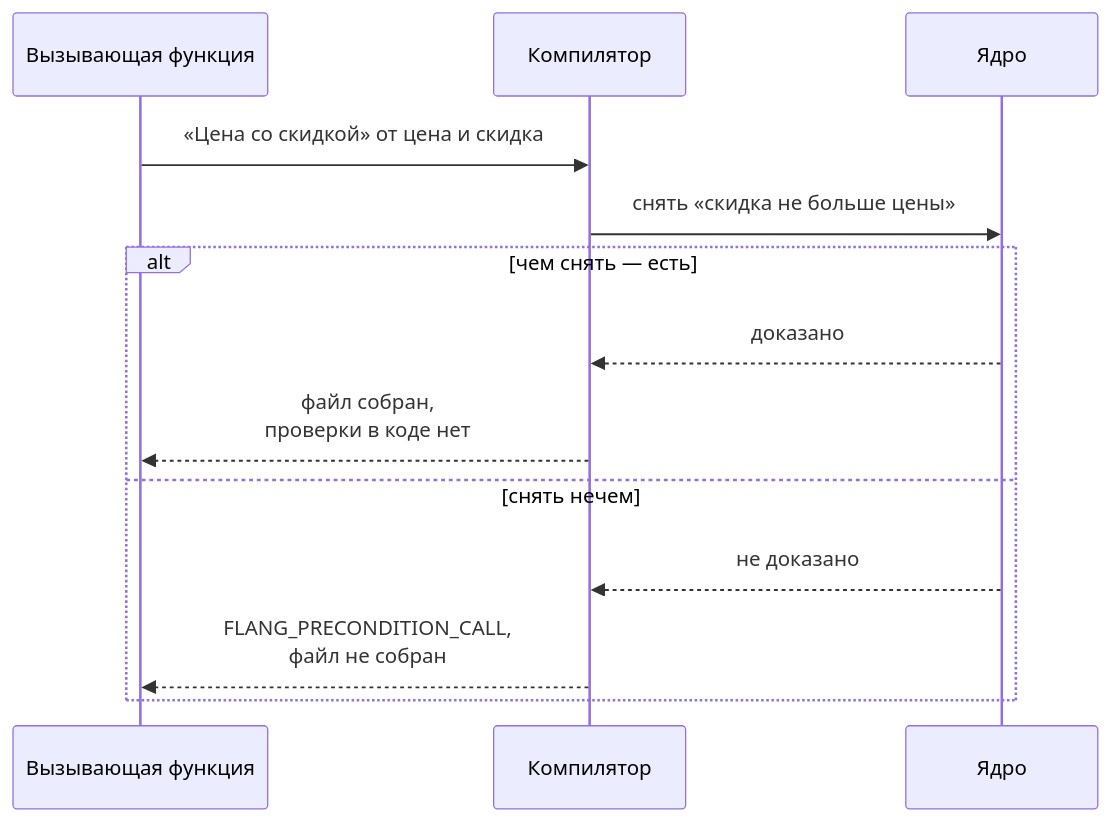
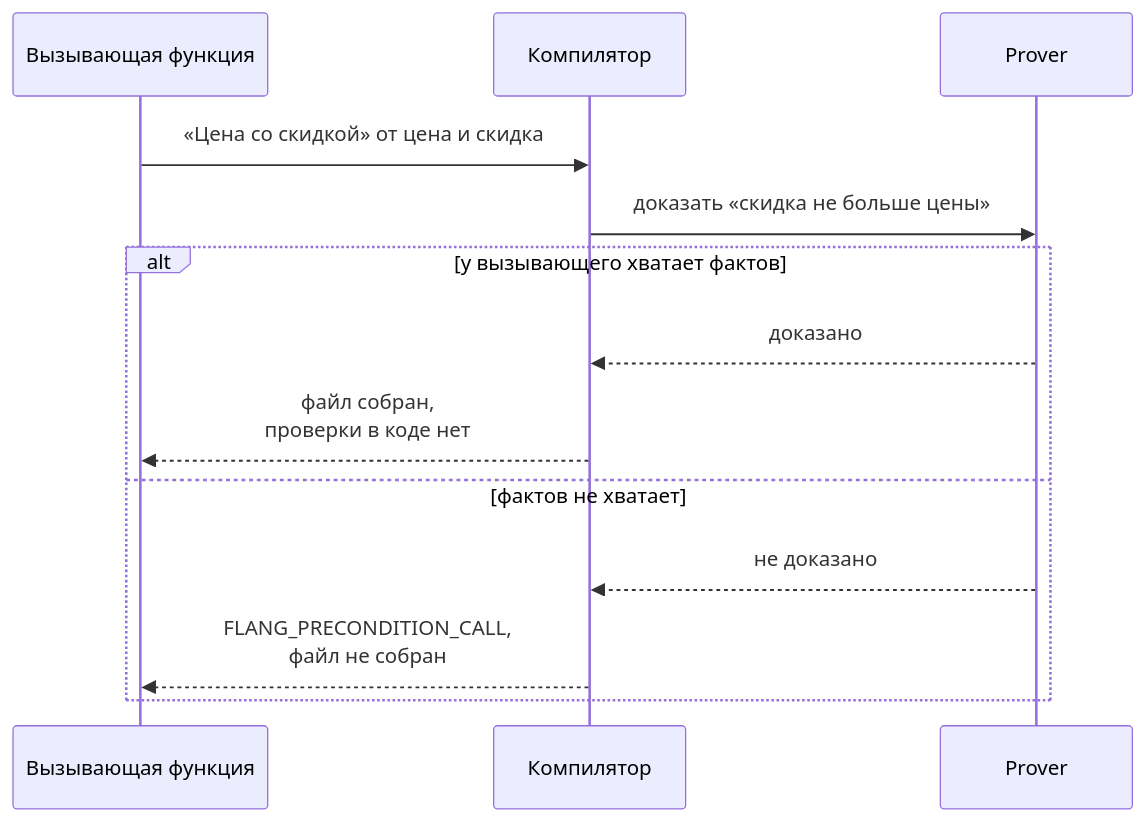
The second of 2 diagrams in docs/site/how-proofs-work.ru.md (MyWWWChat/flang), drawn with Mermaid before and after one commit. The commit also changed other lines of this file and 5 other files, not shown here.

````diff
--- a/docs/site/how-proofs-work.ru.md
+++ b/docs/site/how-proofs-work.ru.md
@@ -191,15 +205,15 @@
-```mermaid Кто снимает предусловие
+```mermaid Кто доказывает предусловие
 sequenceDiagram
   participant В as Вызывающая функция
   participant К as Компилятор
-  participant Я as Ядро
+  participant Я as Prover
   В->>К: «Цена со скидкой» от цена и скидка
-  К->>Я: снять «скидка не больше цены»
-  alt чем снять — есть
+  К->>Я: доказать «скидка не больше цены»
+  alt у вызывающего хватает фактов
     Я-->>К: доказано
     К-->>В: файл собран,<br>проверки в коде нет
-  else снять нечем
+  else фактов не хватает
     Я-->>К: не доказано
     К-->>В: FLANG_PRECONDITION_CALL,<br>файл не собран
   end
 ```
````
